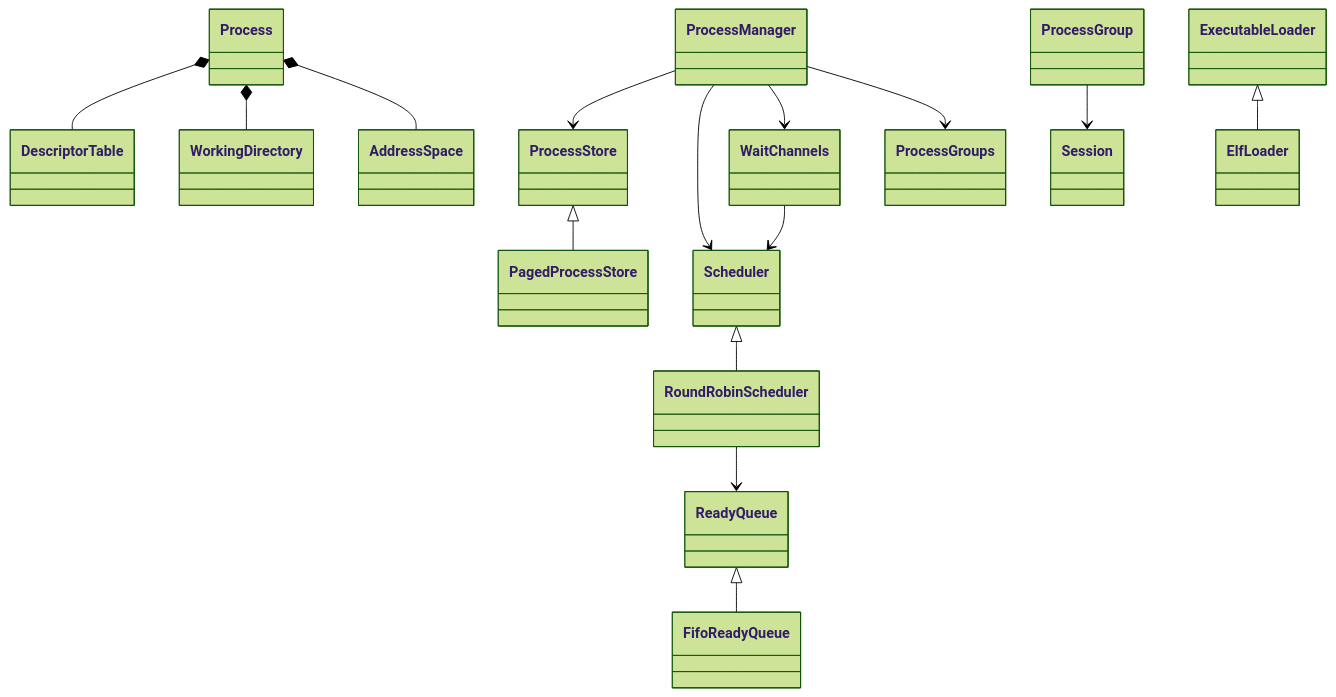
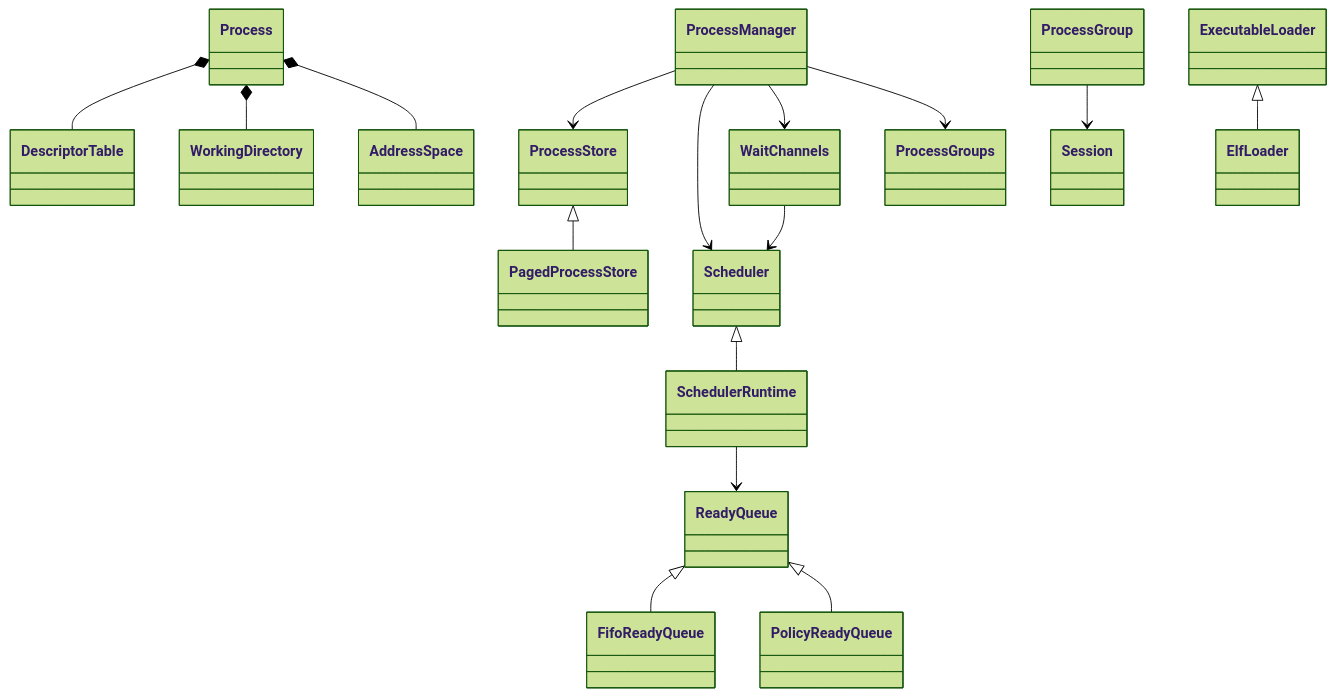
The diagram in kernel/process/README.md (barrenham/xv6-cpp), drawn with Mermaid (forest theme) before and after one commit. The commit also changed other lines of this file and 129 other files, not shown here.

````diff
--- a/kernel/process/README.md
+++ b/kernel/process/README.md
@@ -26,17 +27,18 @@
 ```mermaid
 classDiagram
   Process *-- DescriptorTable
   Process *-- WorkingDirectory
   Process *-- AddressSpace
   ProcessStore <|-- PagedProcessStore
   ReadyQueue <|-- FifoReadyQueue
-  Scheduler <|-- RoundRobinScheduler
+  ReadyQueue <|-- PolicyReadyQueue
+  Scheduler <|-- SchedulerRuntime
   ProcessManager --> ProcessStore
   ProcessManager --> Scheduler
   ProcessManager --> WaitChannels
   ProcessManager --> ProcessGroups
   ProcessGroup --> Session
   WaitChannels --> Scheduler
-  RoundRobinScheduler --> ReadyQueue
+  SchedulerRuntime --> ReadyQueue
   ExecutableLoader <|-- ElfLoader
 ```
````
